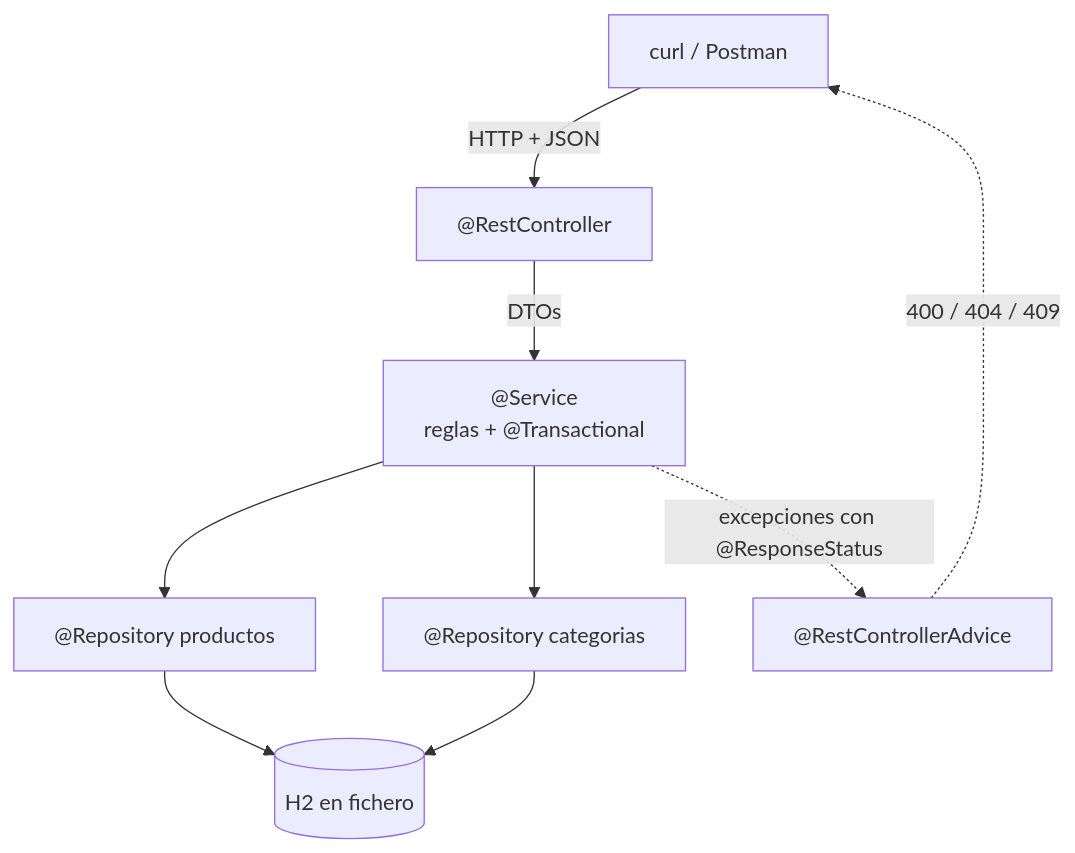
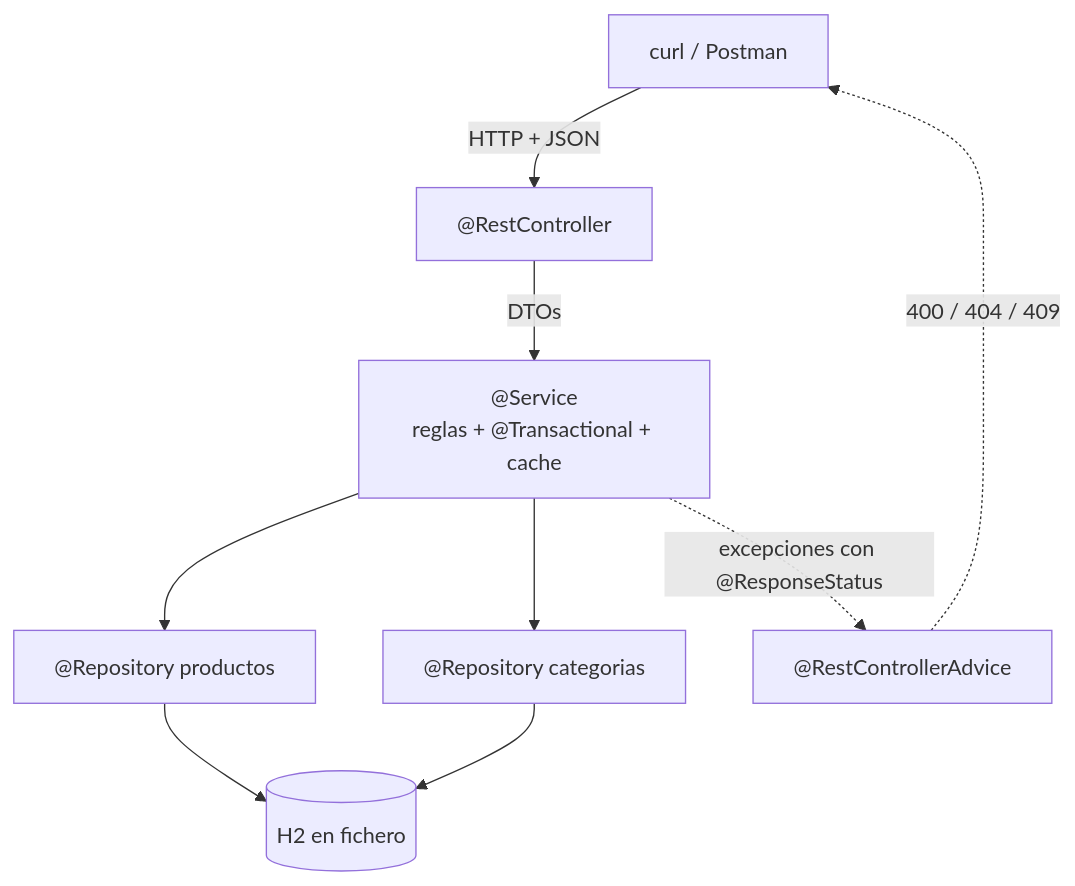
One commit to campusdevfp/dwes2627 changed the second of 2 diagrams in docs/ut4/05-proyectos.md. Above: the diagram before and after it, drawn with Mermaid. The commit also changed other lines of this file and 13 other files, not shown here.

````diff
--- a/docs/ut4/05-proyectos.md
+++ b/docs/ut4/05-proyectos.md
@@ -1530,11 +2207,11 @@
 ```mermaid
 flowchart TB
     Cliente["curl / Postman"] -->|HTTP + JSON| C["@RestController"]
-    C -->|DTOs| S["@Service<br/>reglas + @Transactional"]
+    C -->|DTOs| S["@Service<br/>reglas + @Transactional + cache"]
     S --> R1["@Repository productos"]
     S --> R2["@Repository categorias"]
     R1 --> BD[("H2 en fichero")]
     R2 --> BD
     S -.->|excepciones con @ResponseStatus| G["@RestControllerAdvice"]
     G -.->|400 / 404 / 409| Cliente
 ```
````
